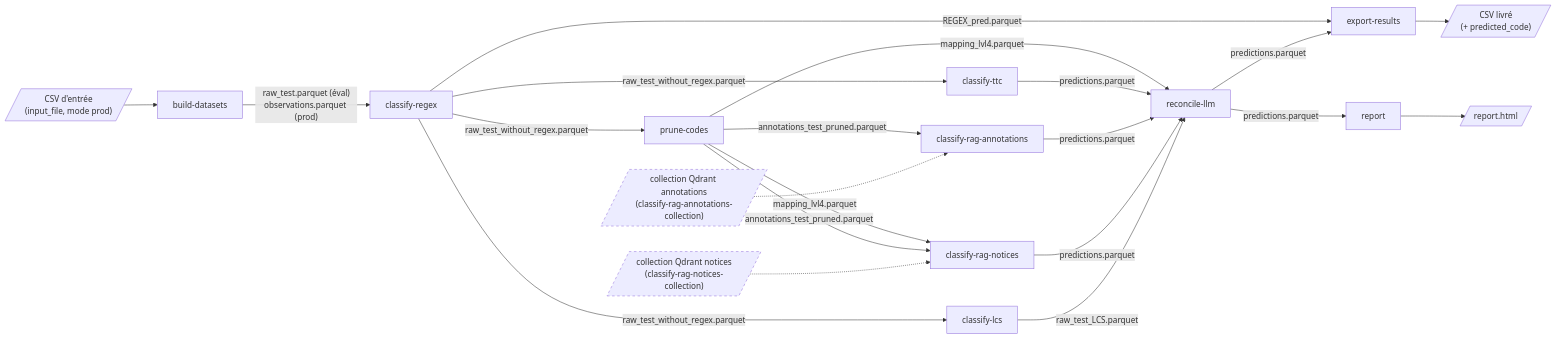
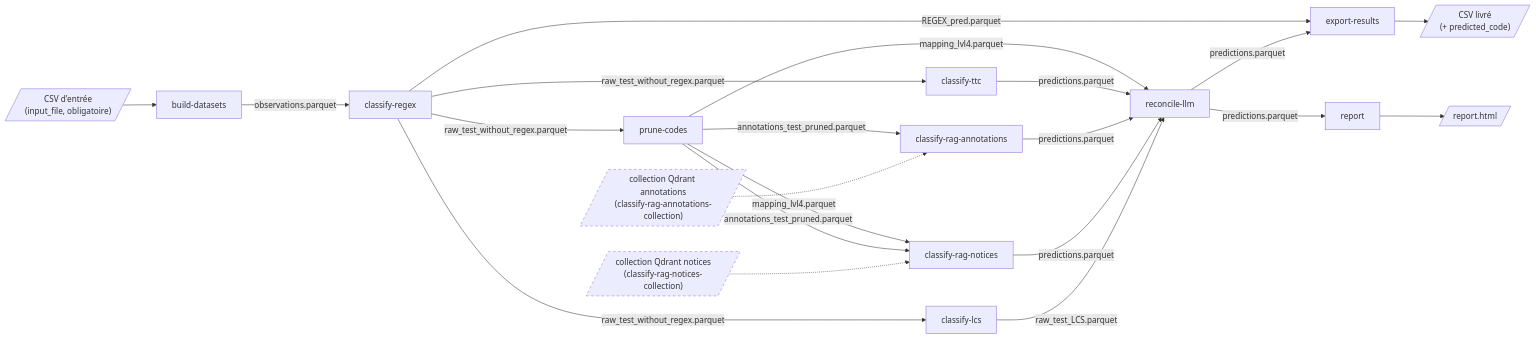
One commit to InseeFrLab/codif-coicop-bdf changed the diagram in docs/index.qmd. Above: the diagram before and after it, drawn with Mermaid. The commit also changed other lines of this file and 56 other files, not shown here.

````diff
--- a/docs/index.qmd
+++ b/docs/index.qmd
@@ -63,25 +63,25 @@
 ```{mermaid}
 flowchart LR
-  input[/"CSV d'entrée<br/>(input_file, mode prod)"/] --> PRE[build-datasets]
-  PRE -- "raw_test.parquet (éval)<br/>observations.parquet (prod)" --> REG[classify-regex]
+  input[/"CSV d'entrée<br/>(input_file, obligatoire)"/] --> PRE[build-datasets]
+  PRE -- observations.parquet --> REG[classify-regex]
   REG -- raw_test_without_regex.parquet --> PRU[prune-codes]
   REG -- raw_test_without_regex.parquet --> LCS[classify-lcs]
   REG -- raw_test_without_regex.parquet --> TTC[classify-ttc]
   VDB[/"collection Qdrant notices<br/>(classify-rag-notices-collection)"/] -.-> RAG[classify-rag-notices]
   VDBA[/"collection Qdrant annotations<br/>(classify-rag-annotations-collection)"/] -.-> RAGA[classify-rag-annotations]
   PRU -- annotations_test_pruned.parquet --> RAG
   PRU -- annotations_test_pruned.parquet --> RAGA
   PRU -- mapping_lvl4.parquet --> RAG
   LCS -- raw_test_LCS.parquet --> DEC[reconcile-llm]
   RAG -- predictions.parquet --> DEC
   RAGA -- predictions.parquet --> DEC
   TTC -- predictions.parquet --> DEC
   PRU -- mapping_lvl4.parquet --> DEC
   DEC -- predictions.parquet --> FIN[export-results]
   REG -- REGEX_pred.parquet --> FIN
   DEC -- predictions.parquet --> REP[report]
   FIN --> out[/"CSV livré<br/>(+ predicted_code)"/]
   REP --> html[/report.html/]
   style VDB stroke-dasharray: 5 5
   style VDBA stroke-dasharray: 5 5
 ```
````
